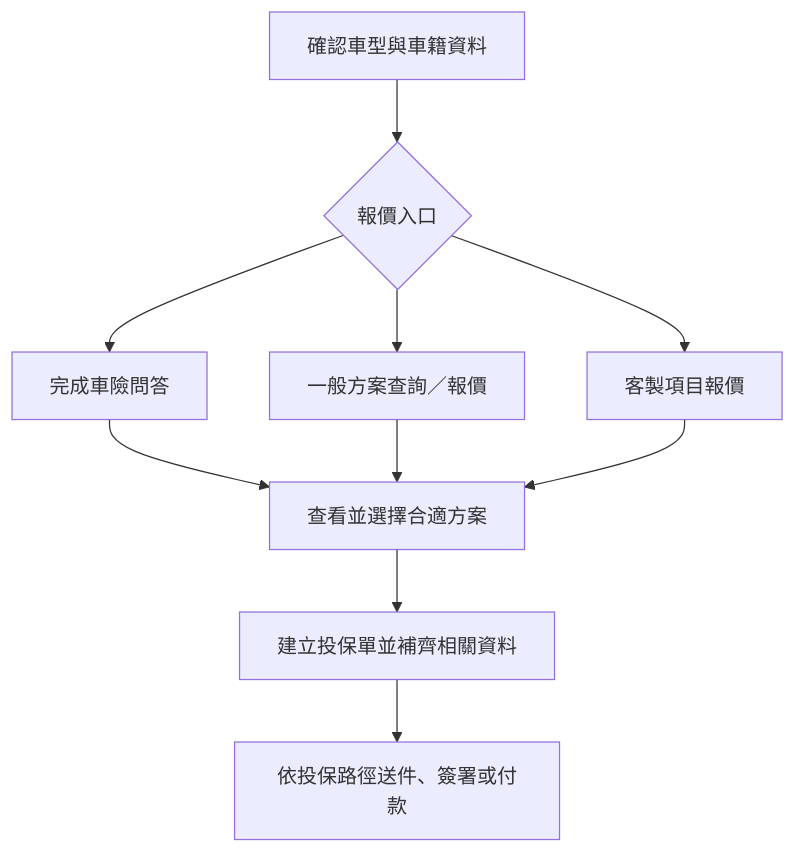
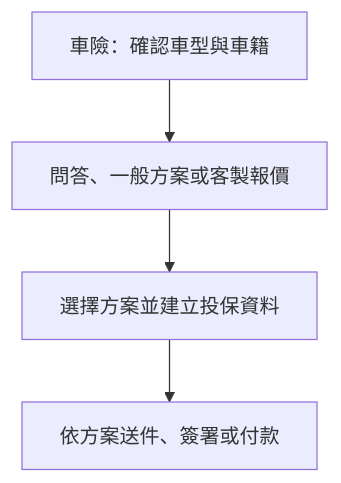
One commit to highhao/insurance-saas-platform changed the first of 3 diagrams in README.md. Above: the diagram before and after it, drawn with Mermaid. The commit also changed other lines of this file, not shown here.

````diff
--- a/README.md
+++ b/README.md
@@ -9,12 +11,6 @@
 ```mermaid
 flowchart TB
-    A[確認車型與車籍資料] --> B{報價入口}
-    B --> C[完成車險問答]
-    B --> D[一般方案查詢／報價]
-    B --> E[客製項目報價]
-    C --> F[查看並選擇合適方案]
-    D --> F
-    E --> F
-    F --> G[建立投保單並補齊相關資料]
-    G --> H[依投保路徑送件、簽署或付款]
+    A[車險：確認車型與車籍] --> B[問答、一般方案或客製報價]
+    B --> C[選擇方案並建立投保資料]
+    C --> D[依方案送件、簽署或付款]
 ```
````
